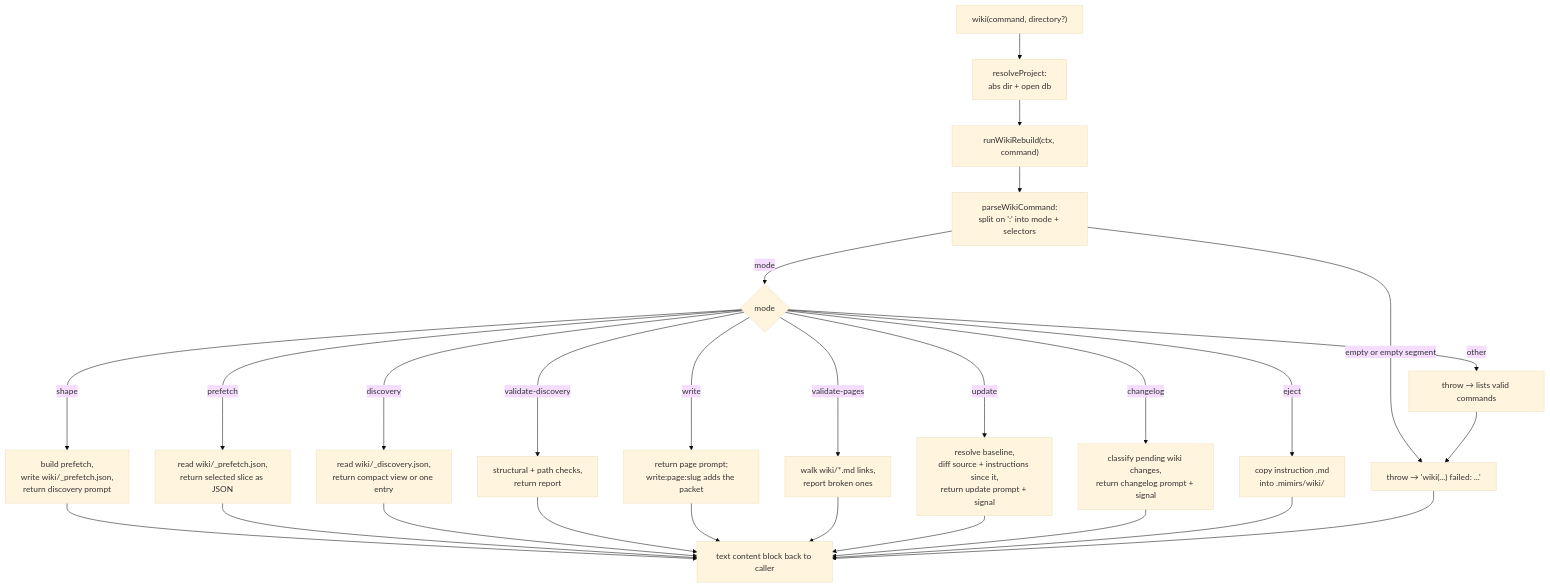
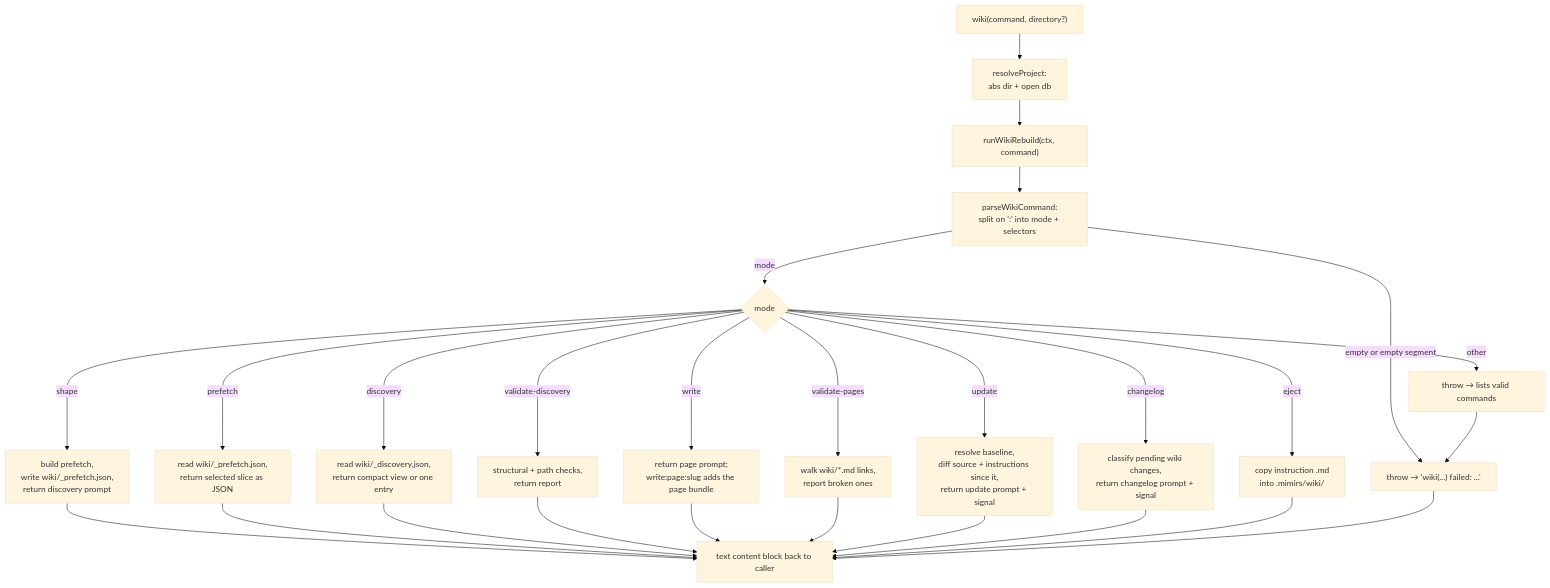
Before and after one commit to TheWinci/mimirs: the diagram in wiki/tools/wiki.md, drawn with Mermaid (base theme). The commit also changed other lines of this file and 55 other files, not shown here.

````diff
--- a/wiki/tools/wiki.md
+++ b/wiki/tools/wiki.md
@@ -20,31 +20,31 @@
 ```mermaid
 flowchart TD
   callIn["wiki(command, directory?)"] --> resolveStep["resolveProject:<br>abs dir + open db"]
   resolveStep --> runStep["runWikiRebuild(ctx, command)"]
   runStep --> parseStep["parseWikiCommand:<br>split on ':' into mode + selectors"]
   parseStep -->|empty or empty segment| failNode["throw → 'wiki(...) failed: ...'"]
   parseStep -->|mode| dispatch{"mode"}
 
   dispatch -->|shape| shapeNode["build prefetch,<br>write wiki/_prefetch.json,<br>return discovery prompt"]
   dispatch -->|prefetch| prefetchNode["read wiki/_prefetch.json,<br>return selected slice as JSON"]
   dispatch -->|discovery| discoveryNode["read wiki/_discovery.json,<br>return compact view or one entry"]
   dispatch -->|validate-discovery| vdNode["structural + path checks,<br>return report"]
-  dispatch -->|write| writeNode["return page prompt;<br>write:page:slug adds the packet"]
+  dispatch -->|write| writeNode["return page prompt;<br>write:page:slug adds the page bundle"]
   dispatch -->|validate-pages| vpNode["walk wiki/*.md links,<br>report broken ones"]
   dispatch -->|update| updateNode["resolve baseline,<br>diff source + instructions since it,<br>return update prompt + signal"]
   dispatch -->|changelog| changelogNode["classify pending wiki changes,<br>return changelog prompt + signal"]
   dispatch -->|eject| ejectNode["copy instruction .md<br>into .mimirs/wiki/"]
   dispatch -->|other| unknownNode["throw → lists valid commands"]
 
   shapeNode --> textOut["text content block back to caller"]
   prefetchNode --> textOut
   discoveryNode --> textOut
   vdNode --> textOut
   writeNode --> textOut
   vpNode --> textOut
   updateNode --> textOut
   changelogNode --> textOut
   ejectNode --> textOut
   unknownNode --> failNode
   failNode --> textOut
 ```
````
